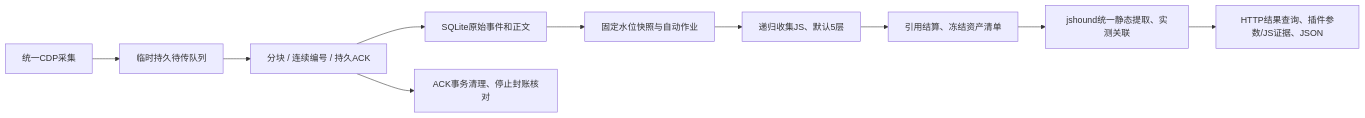
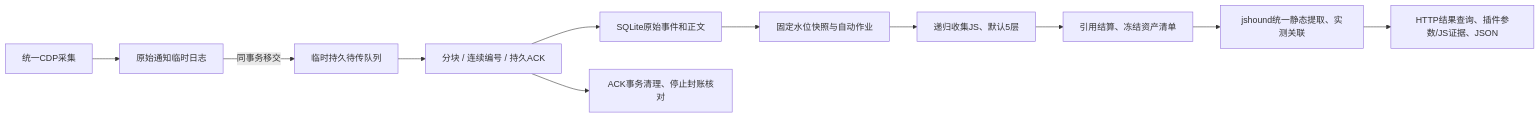
Before and after one commit to luohaijiang789/js-security: the diagram in docs/architecture.md, drawn with Mermaid. The commit also changed other lines of this file and 45 other files, not shown here.

````diff
--- a/docs/architecture.md
+++ b/docs/architecture.md
@@ -5,12 +5,13 @@
 ```mermaid
 flowchart LR
- A[统一CDP采集] --> B[临时持久待传队列]
+ A[统一CDP采集] --> I0[原始通知临时日志]
+ I0 -->|同事务移交| B[临时持久待传队列]
  B --> C[分块 / 连续编号 / 持久ACK]
  C --> D[SQLite原始事件和正文]
  D --> E[固定水位快照与自动作业]
  E --> I[递归收集JS、默认5层]
  I --> J[引用结算、冻结资产清单]
  J --> F[jshound统一静态提取、实测关联]
  F --> G[HTTP结果查询、插件参数/JS证据、JSON]
  C --> H[ACK事务清理、停止封账核对]
 ```
````
